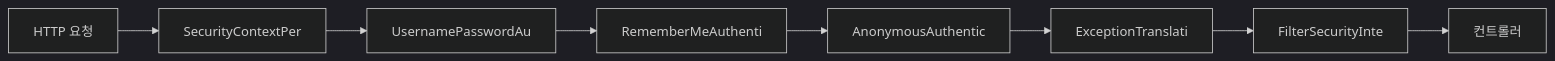
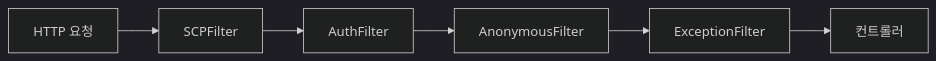
Before and after one commit to yjkim2015/yjkim2015.github.io: the second of 2 diagrams in _posts/security/2021-01-07-spring-boot-security 프로젝트 생성.md, drawn with Mermaid (dark theme). The commit also changed 163 other files, not shown here.

First line of the commit message:
Mermaid 300개 블록 내용 축소: 5노드 5엣지 이하, 의미 있는 약어

````diff
--- a/_posts/security/2021-01-07-spring-boot-security 프로젝트 생성.md
+++ b/_posts/security/2021-01-07-spring-boot-security 프로젝트 생성.md
@@ -135,10 +135,8 @@
 ```mermaid
-flowchart LR
-    A["HTTP 요청"] --> B["SecurityContextPer"]
-    B --> C["UsernamePasswordAu"]
-    C --> D["RememberMeAuthenti"]
-    D --> E["AnonymousAuthentic"]
-    E --> F["ExceptionTranslati"]
-    F --> G["FilterSecurityInte"]
-    G --> H["컨트롤러"]
+graph LR
+    A["HTTP 요청"] --> B["SCPFilter"]
+    B --> C["AuthFilter"]
+    C --> D["AnonymousFilter"]
+    D --> E["ExceptionFilter"]
+    E --> F["컨트롤러"]
 ```
````
